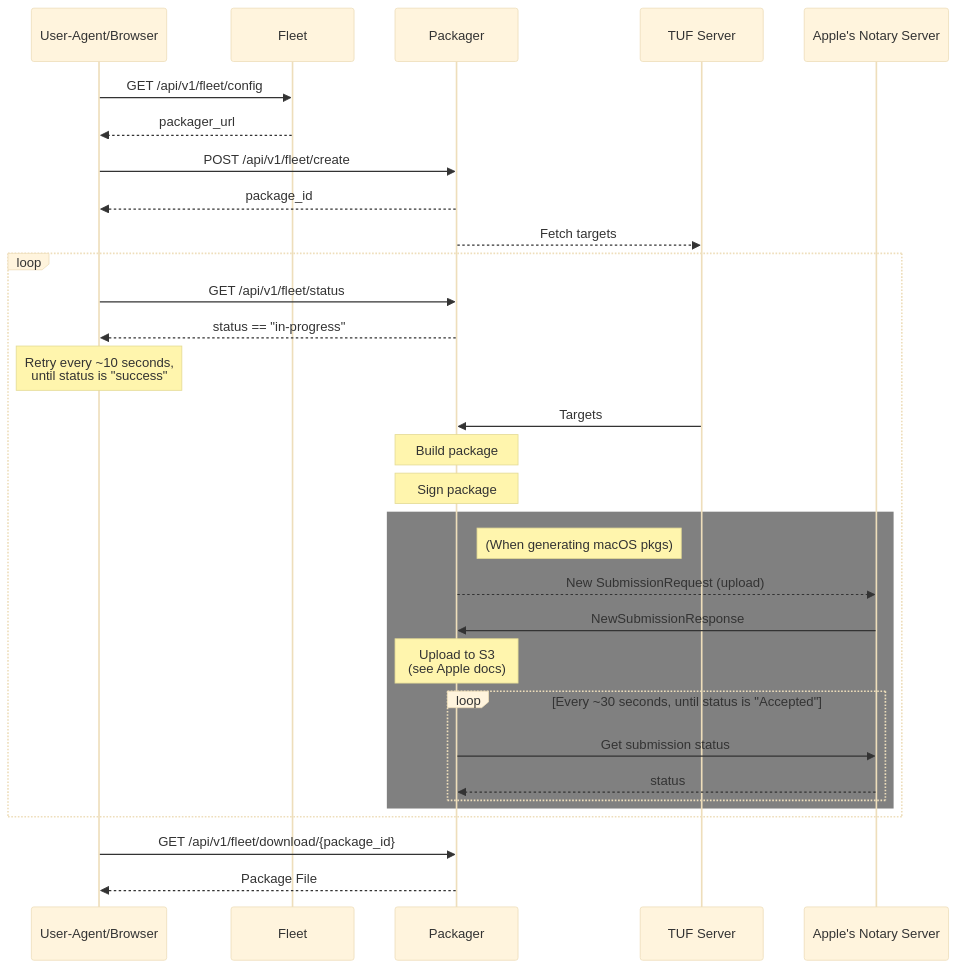
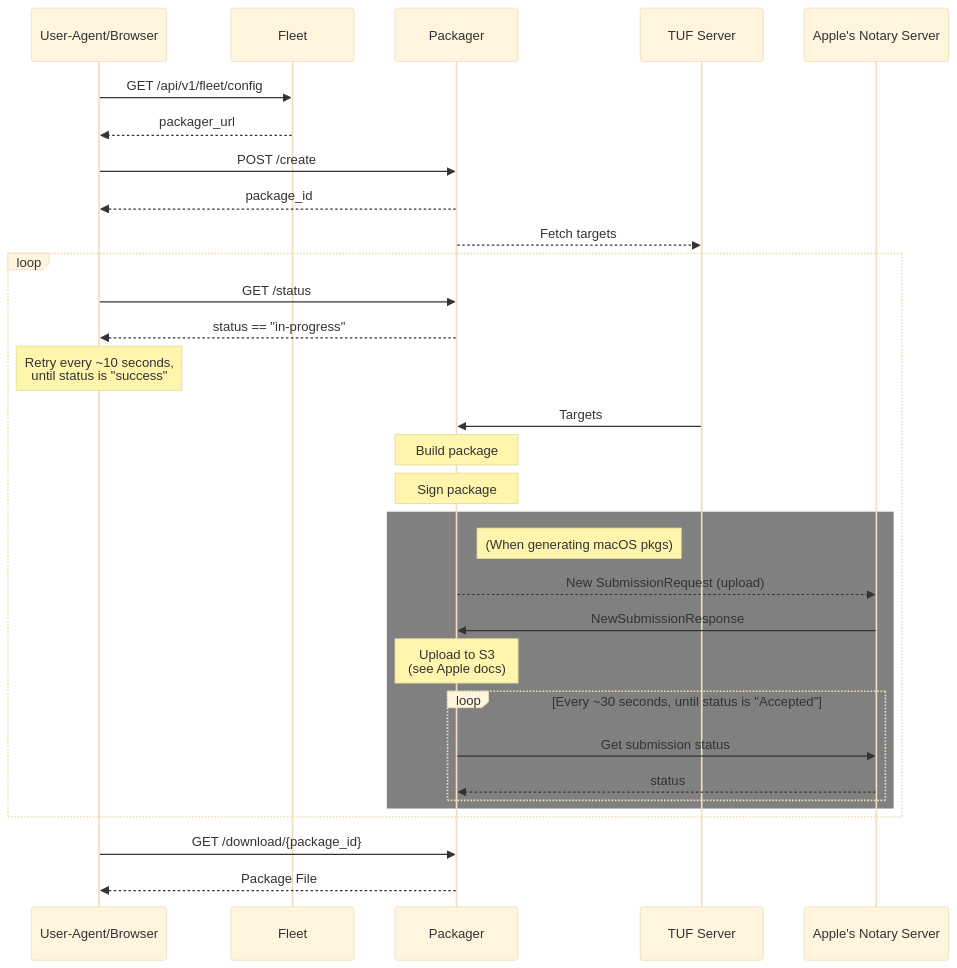
The second of 2 diagrams in docs/Contributing/Blueprints/Fleet-Installers.md (fleetdm/fleet), drawn with Mermaid (base theme) before and after one commit. The commit also changed other lines of this file, not shown here.

Commit message:
Add rate-limit comments and remove API versioning

````diff
--- a/docs/Contributing/Blueprints/Fleet-Installers.md
+++ b/docs/Contributing/Blueprints/Fleet-Installers.md
@@ -170,28 +176,28 @@
 ```mermaid
 sequenceDiagram
     User-Agent/Browser->>Fleet: GET /api/v1/fleet/config
     Fleet-->>User-Agent/Browser: packager_url
-    User-Agent/Browser->>Packager: POST /api/v1/fleet/create
+    User-Agent/Browser->>Packager: POST /create
     Packager-->>User-Agent/Browser: package_id
     Packager-->>TUF Server: Fetch targets
     loop
-        User-Agent/Browser->>Packager: GET /api/v1/fleet/status
+        User-Agent/Browser->>Packager: GET /status
         Packager-->>User-Agent/Browser: status == "in-progress"
         Note over User-Agent/Browser: Retry every ~10 seconds,<br>until status is "success"
         TUF Server->>Packager: Targets
         Note over Packager: Build package
         Note over Packager: Sign package
         rect rgb(128, 128, 128)
             Note right of Packager: (When generating macOS pkgs)
             Packager-->>Apple's Notary Server: New SubmissionRequest (upload)
             Apple's Notary Server->>Packager: NewSubmissionResponse
             Note over Packager: Upload to S3<br>(see Apple docs)
             loop Every ~30 seconds, until status is "Accepted"
                 Packager->>Apple's Notary Server: Get submission status    
                 Apple's Notary Server-->>Packager: status
             end
         end
     end
-    User-Agent/Browser->>Packager: GET /api/v1/fleet/download/{package_id}
+    User-Agent/Browser->>Packager: GET /download/{package_id}
     Packager-->>User-Agent/Browser: Package File
 ```
````
